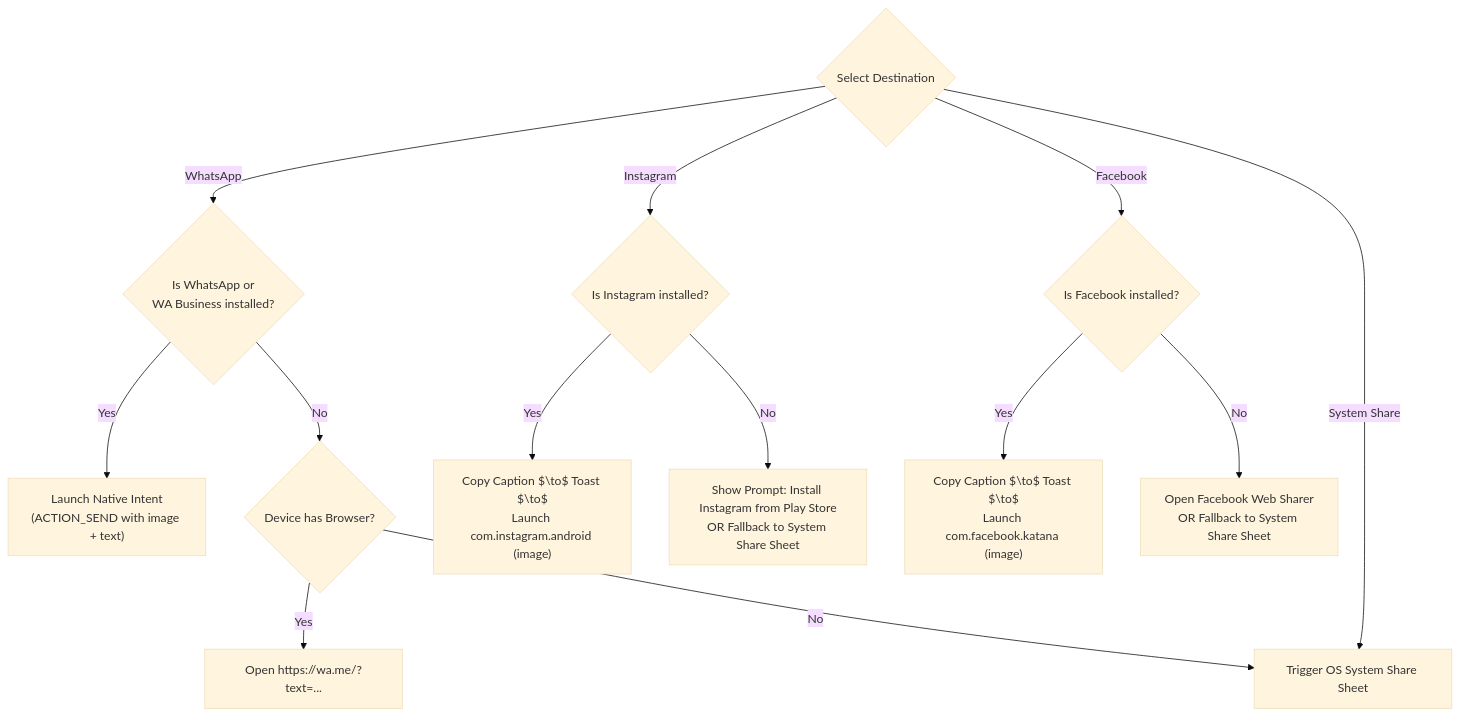
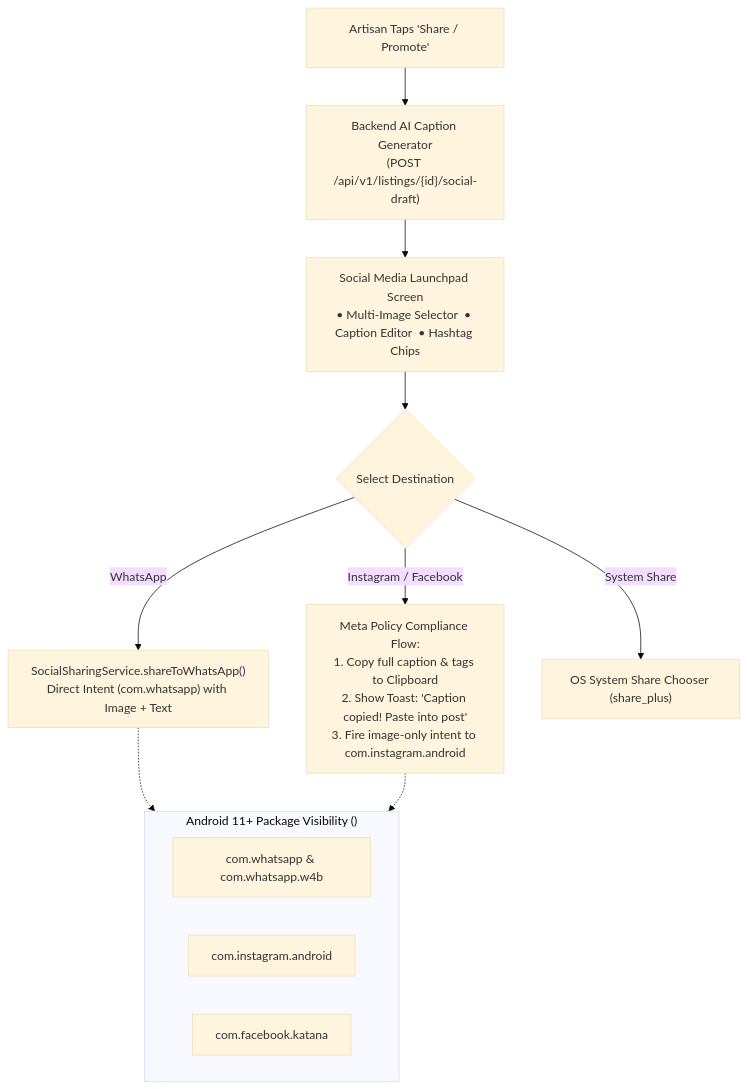
One commit to kan9667/kalasetu changed the ninth of 12 diagrams in docs/ARCHITECTURE.md. Above: the diagram before and after it, drawn with Mermaid (base theme). The commit also changed other lines of this file, not shown here.

````diff
--- a/docs/ARCHITECTURE.md
+++ b/docs/ARCHITECTURE.md
@@ -454,20 +380,21 @@
 ```mermaid
 flowchart TD
-    Target{"Select Destination"}
+    Trigger["Artisan Taps 'Share / Promote'"] --> LoadDraft["Backend AI Caption Generator\n(POST /api/v1/listings/{id}/social-draft)"]
+    LoadDraft --> Editor["Social Media Launchpad Screen\n• Multi-Image Selector  • Caption Editor  • Hashtag Chips"]
     
-    Target -- "WhatsApp" --> CheckWA{"Is WhatsApp or\nWA Business installed?"}
-    CheckWA -- Yes --> LaunchWA["Launch Native Intent\n(ACTION_SEND with image + text)"]
-    CheckWA -- No --> CheckWebWA{"Device has Browser?"}
-    CheckWebWA -- Yes --> WebWA["Open https://wa.me/?text=..."]
-    CheckWebWA -- No --> FallbackSys["Trigger OS System Share Sheet"]
+    Editor --> Destination{"Select Destination"}
 
-    Target -- "Instagram" --> CheckIG{"Is Instagram installed?"}
-    CheckIG -- Yes --> LaunchIG["Copy Caption $\to$ Toast $\to$\nLaunch com.instagram.android (image)"]
-    CheckIG -- No --> StoreIG["Show Prompt: Install Instagram from Play Store\nOR Fallback to System Share Sheet"]
+    Destination -- "WhatsApp" --> WA["SocialSharingService.shareToWhatsApp()\nDirect Intent (com.whatsapp) with Image + Text"]
+    
+    Destination -- "Instagram / Facebook" --> MetaFlow["Meta Policy Compliance Flow:\n1. Copy full caption & tags to Clipboard\n2. Show Toast: 'Caption copied! Paste into post'\n3. Fire image-only intent to com.instagram.android"]
+    
+    Destination -- "System Share" --> Generic["OS System Share Chooser (share_plus)"]
 
-    Target -- "Facebook" --> CheckFB{"Is Facebook installed?"}
-    CheckFB -- Yes --> LaunchFB["Copy Caption $\to$ Toast $\to$\nLaunch com.facebook.katana (image)"]
-    CheckFB -- No --> WebFB["Open Facebook Web Sharer\nOR Fallback to System Share Sheet"]
+    subgraph AndroidQueries ["Android 11+ Package Visibility (<queries>)"]
+        Q1["com.whatsapp & com.whatsapp.w4b"]
+        Q2["com.instagram.android"]
+        Q3["com.facebook.katana"]
+    end
 
-    Target -- "System Share" --> FallbackSys
+    WA & MetaFlow -.-> AndroidQueries
 ```
````
